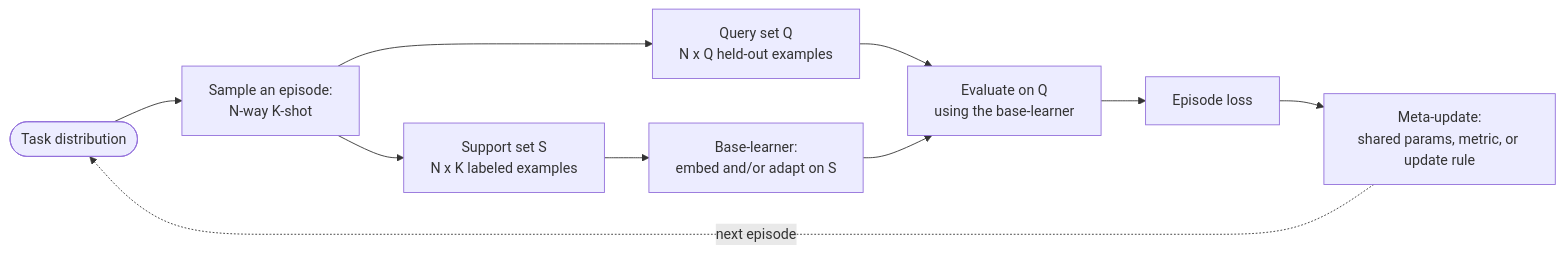
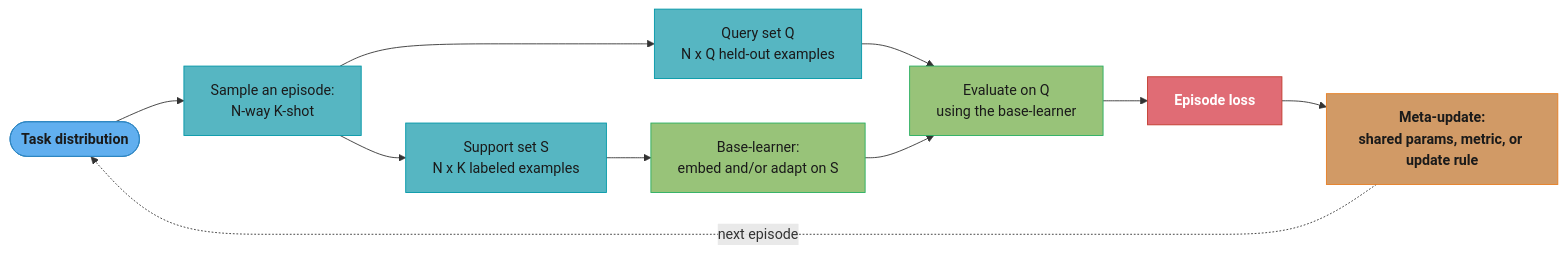
The first of 4 diagrams in src/main/java/com/rutik/systemdesign/ml/meta_learning_and_few_shot/meta_learning_and_few_shot.md (rppol/system-design), drawn with Mermaid before and after one commit. The commit also changed other lines of this file and 38 other files, not shown here.

````diff
--- a/src/main/java/com/rutik/systemdesign/ml/meta_learning_and_few_shot/meta_learning_and_few_shot.md
+++ b/src/main/java/com/rutik/systemdesign/ml/meta_learning_and_few_shot/meta_learning_and_few_shot.md
@@ -100,12 +100,26 @@
 ```mermaid
 flowchart LR
+    classDef io      fill:#61afef,stroke:#2e86c1,color:#1a1a1a,font-weight:bold
+    classDef frozen  fill:#c678dd,stroke:#9b59b6,color:#fff
+    classDef train   fill:#98c379,stroke:#27ae60,color:#1a1a1a
+    classDef mathOp  fill:#d19a66,stroke:#e67e22,color:#1a1a1a,font-weight:bold
+    classDef lossN   fill:#e06c75,stroke:#c0392b,color:#fff,font-weight:bold
+    classDef req     fill:#56b6c2,stroke:#0097a7,color:#1a1a1a
+    classDef base    fill:#e5c07b,stroke:#f39c12,color:#1a1a1a
+
     A(["Task distribution"]) --> B["Sample an episode:\nN-way K-shot"]
     B --> C["Support set S\nN x K labeled examples"]
     B --> D["Query set Q\nN x Q held-out examples"]
     C --> E["Base-learner:\nembed and/or adapt on S"]
     D --> F["Evaluate on Q\nusing the base-learner"]
     E --> F
     F --> G["Episode loss"]
     G --> H["Meta-update:\nshared params, metric, or update rule"]
     H -.->|"next episode"| A
+
+    class A io
+    class B,C,D req
+    class E,F train
+    class G lossN
+    class H mathOp
 ```
````
